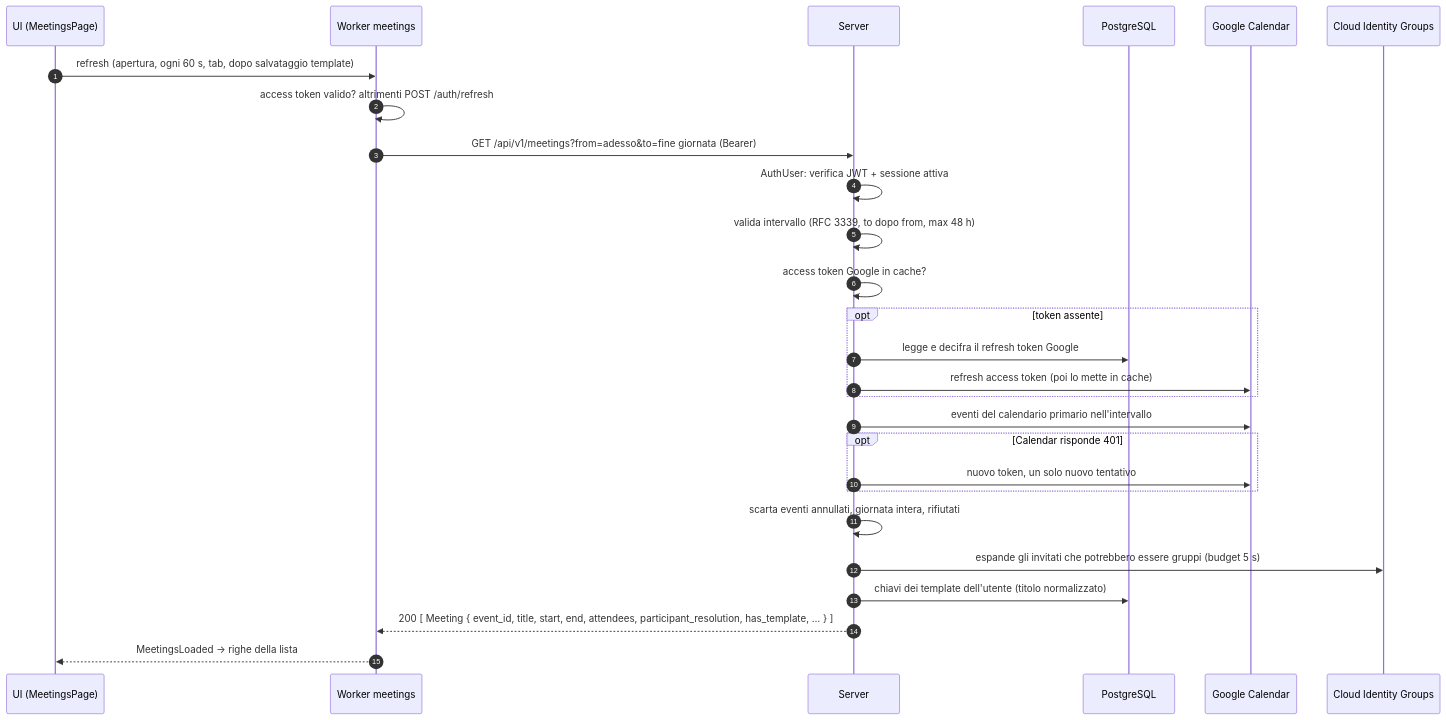
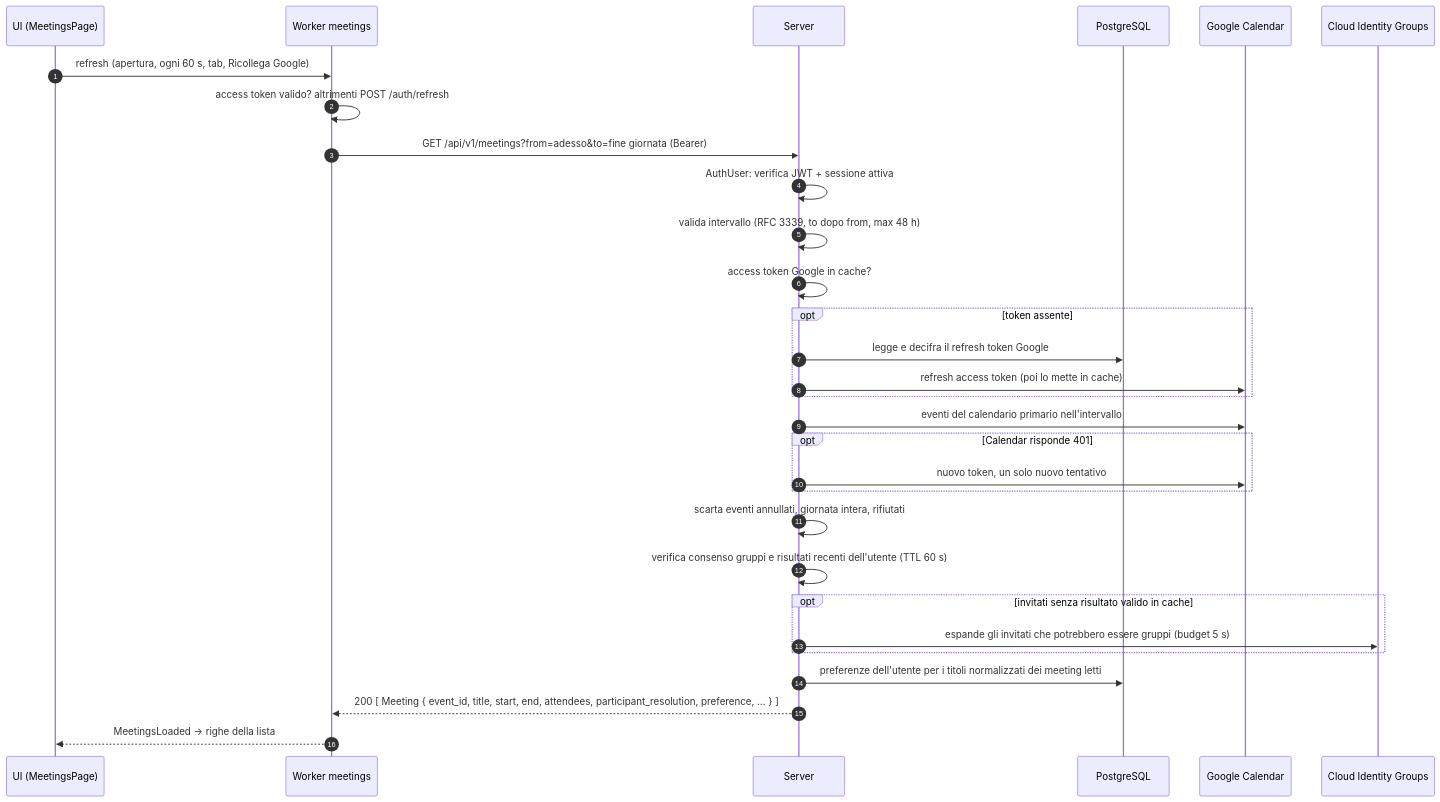
One commit to JustCris654/Schisaciaccole changed the fifth of 9 diagrams in docs/guide/flusso-frontend-backend.md. Above: the diagram before and after it, drawn with Mermaid. The commit also changed other lines of this file and 3 other files, not shown here.

````diff
--- a/docs/guide/flusso-frontend-backend.md
+++ b/docs/guide/flusso-frontend-backend.md
@@ -573,30 +582,33 @@
 ```mermaid
 sequenceDiagram
     autonumber
     participant UI as UI (MeetingsPage)
     participant W as Worker meetings
     participant S as Server
     participant DB as PostgreSQL
     participant GC as Google Calendar
     participant GI as Cloud Identity Groups
 
-    UI->>W: refresh (apertura, ogni 60 s, tab, dopo salvataggio template)
+    UI->>W: refresh (apertura, ogni 60 s, tab, Ricollega Google)
     W->>W: access token valido? altrimenti POST /auth/refresh
     W->>S: GET /api/v1/meetings?from=adesso&to=fine giornata (Bearer)
     S->>S: AuthUser: verifica JWT + sessione attiva
     S->>S: valida intervallo (RFC 3339, to dopo from, max 48 h)
     S->>S: access token Google in cache?
     opt token assente
         S->>DB: legge e decifra il refresh token Google
         S->>GC: refresh access token (poi lo mette in cache)
     end
     S->>GC: eventi del calendario primario nell'intervallo
     opt Calendar risponde 401
         S->>GC: nuovo token, un solo nuovo tentativo
     end
     S->>S: scarta eventi annullati, giornata intera, rifiutati
-    S->>GI: espande gli invitati che potrebbero essere gruppi (budget 5 s)
-    S->>DB: chiavi dei template dell'utente (titolo normalizzato)
-    S-->>W: 200 [ Meeting { event_id, title, start, end, attendees, participant_resolution, has_template, … } ]
+    S->>S: verifica consenso gruppi e risultati recenti dell'utente (TTL 60 s)
+    opt invitati senza risultato valido in cache
+        S->>GI: espande gli invitati che potrebbero essere gruppi (budget 5 s)
+    end
+    S->>DB: preferenze dell'utente per i titoli normalizzati dei meeting letti
+    S-->>W: 200 [ Meeting { event_id, title, start, end, attendees, participant_resolution, preference, … } ]
     W-->>UI: MeetingsLoaded → righe della lista
 ```
````
